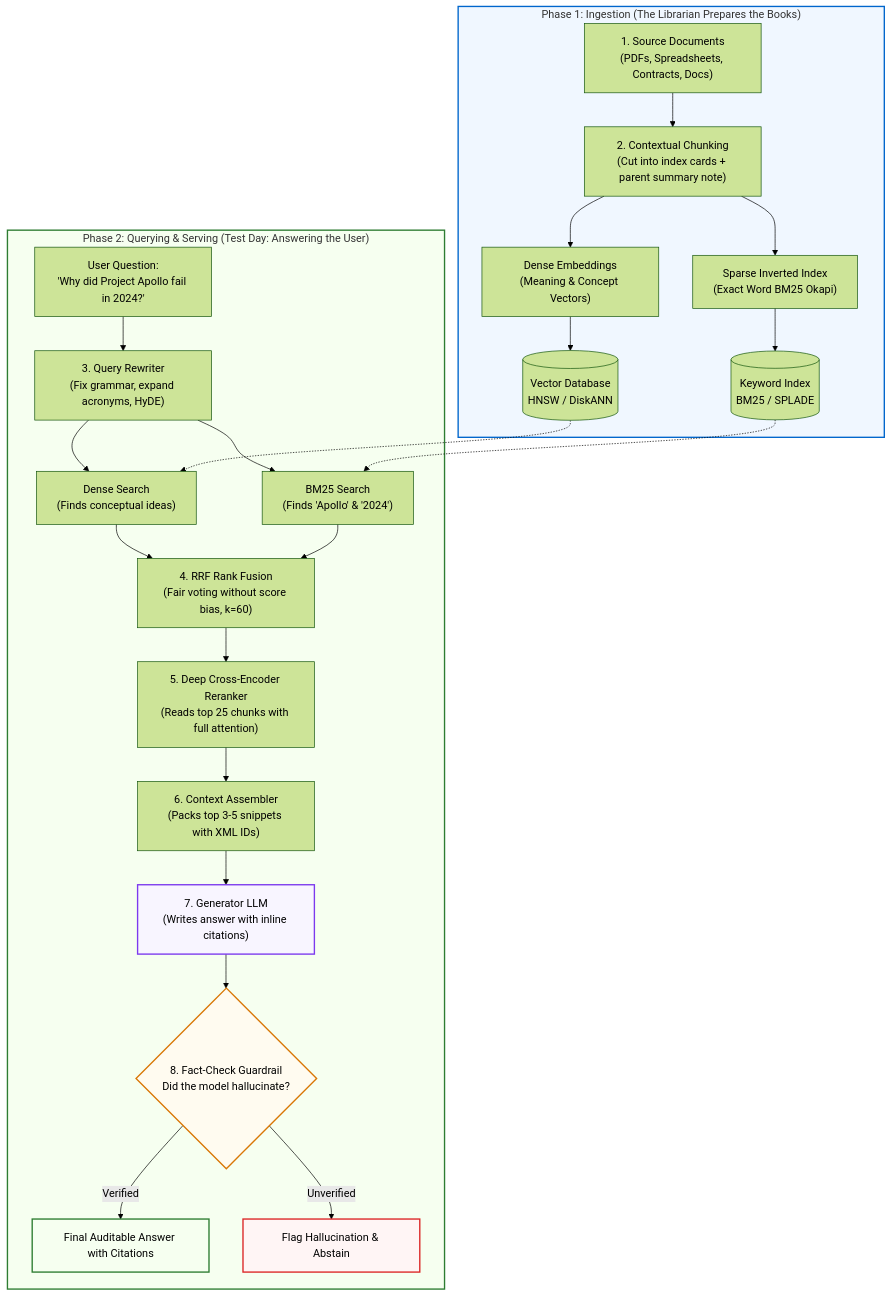
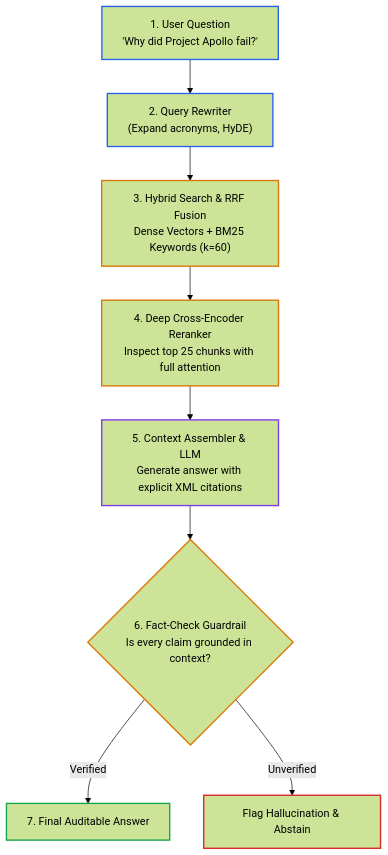
Before and after one commit to dip4k/senior-engineer-to-ai-engineer-roadmap: the second of 2 diagrams in 02-rag-and-knowledge-systems/README.md, drawn with Mermaid (forest theme). The commit also changed other lines of this file and 15 other files, not shown here.

First line of the commit message:
feat(curriculum): theme-adaptive diagrams, low-node modular flows, and Phase 00 beginner-style refactor

````diff
--- a/02-rag-and-knowledge-systems/README.md
+++ b/02-rag-and-knowledge-systems/README.md
@@ -25,33 +49,19 @@
 ```mermaid
 flowchart TD
-    subgraph PHASE1["Phase 1: Ingestion (The Librarian Prepares the Books)"]
-        D["1. Source Documents<br>(PDFs, Spreadsheets, Contracts, Docs)"] --> CC["2. Contextual Chunking<br>(Cut into index cards + parent summary note)"]
-        CC --> E1["Dense Embeddings<br>(Meaning & Concept Vectors)"]
-        CC --> E2["Sparse Inverted Index<br>(Exact Word BM25 Okapi)"]
-        E1 --> VDB[("Vector Database<br>HNSW / DiskANN")]
-        E2 --> KDB[("Keyword Index<br>BM25 / SPLADE")]
-    end
+    UQ["1. User Question<br>'Why did Project Apollo fail?'"] --> QR["2. Query Rewriter<br>(Expand acronyms, HyDE)"]
+    QR --> HYBRID["3. Hybrid Search & RRF Fusion<br>Dense Vectors + BM25 Keywords (k=60)"]
+    HYBRID --> RR["4. Deep Cross-Encoder Reranker<br>Inspect top 25 chunks with full attention"]
+    RR --> LLM["5. Context Assembler & LLM<br>Generate answer with explicit XML citations"]
+    LLM --> GD{"6. Fact-Check Guardrail<br>Is every claim grounded in context?"}
+    GD -- "Verified" --> ANS["7. Final Auditable Answer"]
+    GD -- "Unverified" --> ABSTAIN["Flag Hallucination & Abstain"]
 
-    subgraph PHASE2["Phase 2: Querying & Serving (Test Day: Answering the User)"]
-        UQ["User Question:<br>'Why did Project Apollo fail in 2024?'"] --> QR["3. Query Rewriter<br>(Fix grammar, expand acronyms, HyDE)"]
-        QR --> H1["Dense Search<br>(Finds conceptual ideas)"]
-        QR --> H2["BM25 Search<br>(Finds 'Apollo' & '2024')"]
-        VDB -.-> H1
-        KDB -.-> H2
-        H1 --> RRF["4. RRF Rank Fusion<br>(Fair voting without score bias, k=60)"]
-        H2 --> RRF
-        RRF --> RR["5. Deep Cross-Encoder Reranker<br>(Reads top 25 chunks with full attention)"]
-        RR --> CP["6. Context Assembler<br>(Packs top 3-5 snippets with XML IDs)"]
-        CP --> LLM["7. Generator LLM<br>(Writes answer with inline citations)"]
-        LLM --> GD{"8. Fact-Check Guardrail<br>Did the model hallucinate?"}
-        GD -- "Verified" --> ANS["Final Auditable Answer with Citations"]
-        GD -- "Unverified" --> ABSTAIN["Flag Hallucination & Abstain"]
-    end
-
-    style PHASE1 fill:#f0f7ff,stroke:#0066cc,stroke-width:2px
-    style PHASE2 fill:#f6fff0,stroke:#2e7d32,stroke-width:2px
-    style GD fill:#fffbf0,stroke:#d97706,stroke-width:2px
-    style ANS fill:#f6fff0,stroke:#2e7d32,stroke-width:2px
-    style ABSTAIN fill:#fff5f5,stroke:#dc2626,stroke-width:2px
-    style LLM fill:#f8f5ff,stroke:#7c3aed,stroke-width:2px
+    style UQ stroke:#2563eb,stroke-width:2px
+    style QR stroke:#2563eb,stroke-width:2px
+    style HYBRID stroke:#d97706,stroke-width:2px
+    style RR stroke:#d97706,stroke-width:2px
+    style LLM stroke:#7c3aed,stroke-width:2px
+    style GD stroke:#d97706,stroke-width:2px
+    style ANS stroke:#16a34a,stroke-width:2px
+    style ABSTAIN stroke:#dc2626,stroke-width:2px
 ```
````
